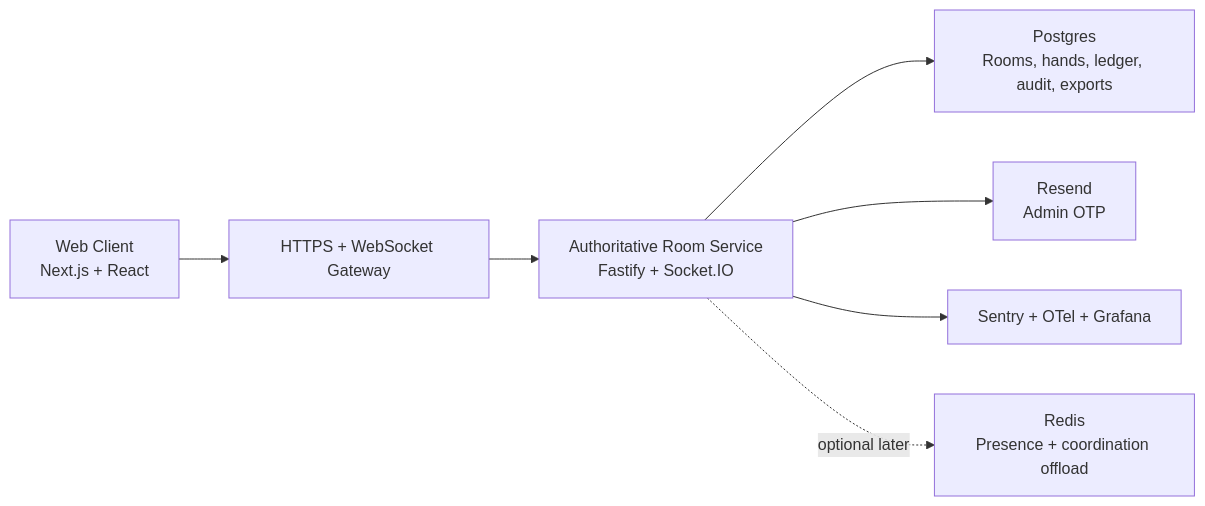
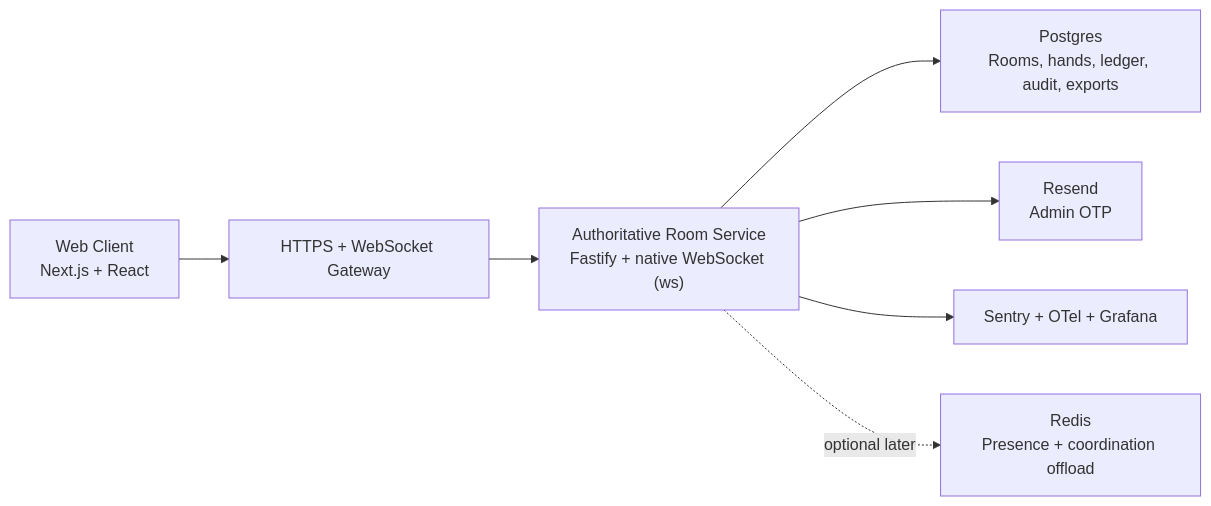
The diagram in docs/02-architecture/system-overview.md (tyagishubham177/PotLuck), drawn with Mermaid before and after one commit. The commit also changed 19 other files, not shown here.

````diff
--- a/docs/02-architecture/system-overview.md
+++ b/docs/02-architecture/system-overview.md
@@ -10,9 +10,9 @@
 ```mermaid
 flowchart LR
   Browser["Web Client\nNext.js + React"] --> Edge["HTTPS + WebSocket Gateway"]
-  Edge --> Server["Authoritative Room Service\nFastify + Socket.IO"]
+  Edge --> Server["Authoritative Room Service\nFastify + native WebSocket (ws)"]
   Server --> Postgres["Postgres\nRooms, hands, ledger, audit, exports"]
   Server --> Mail["Resend\nAdmin OTP"]
   Server --> Obs["Sentry + OTel + Grafana"]
   Server -. optional later .-> Redis["Redis\nPresence + coordination offload"]
 ```
````
